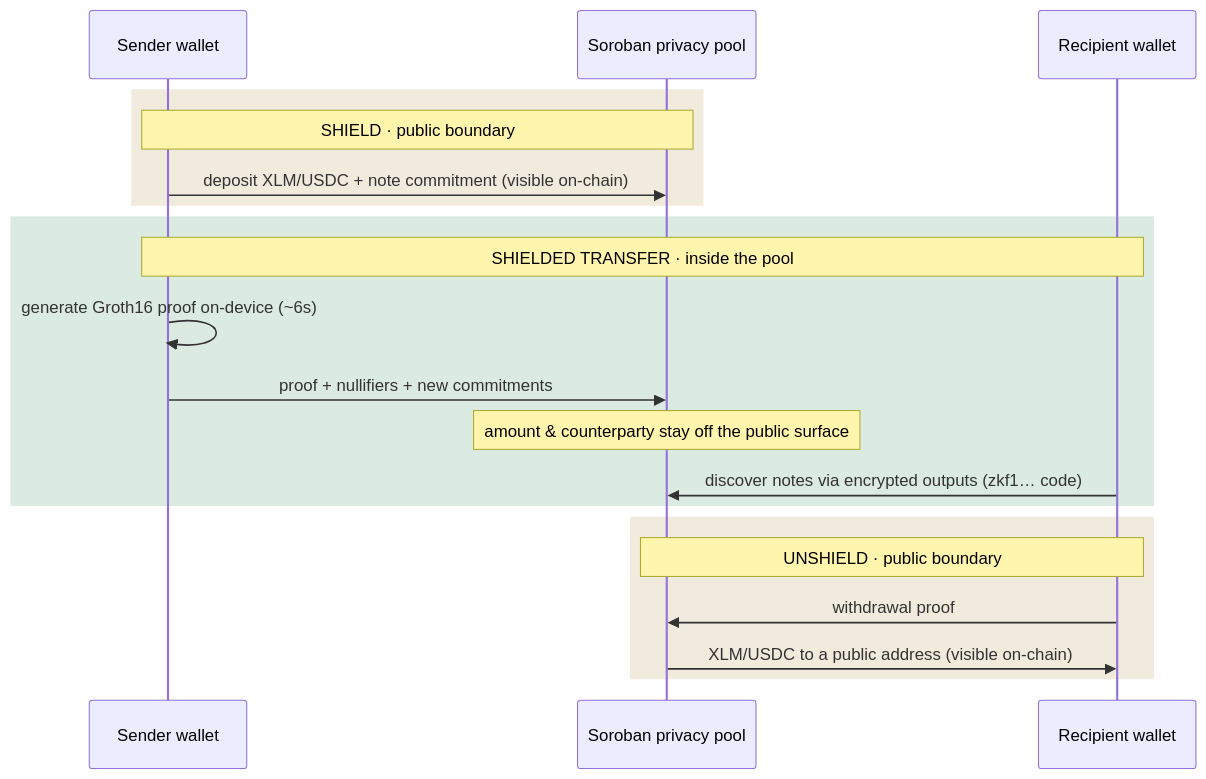
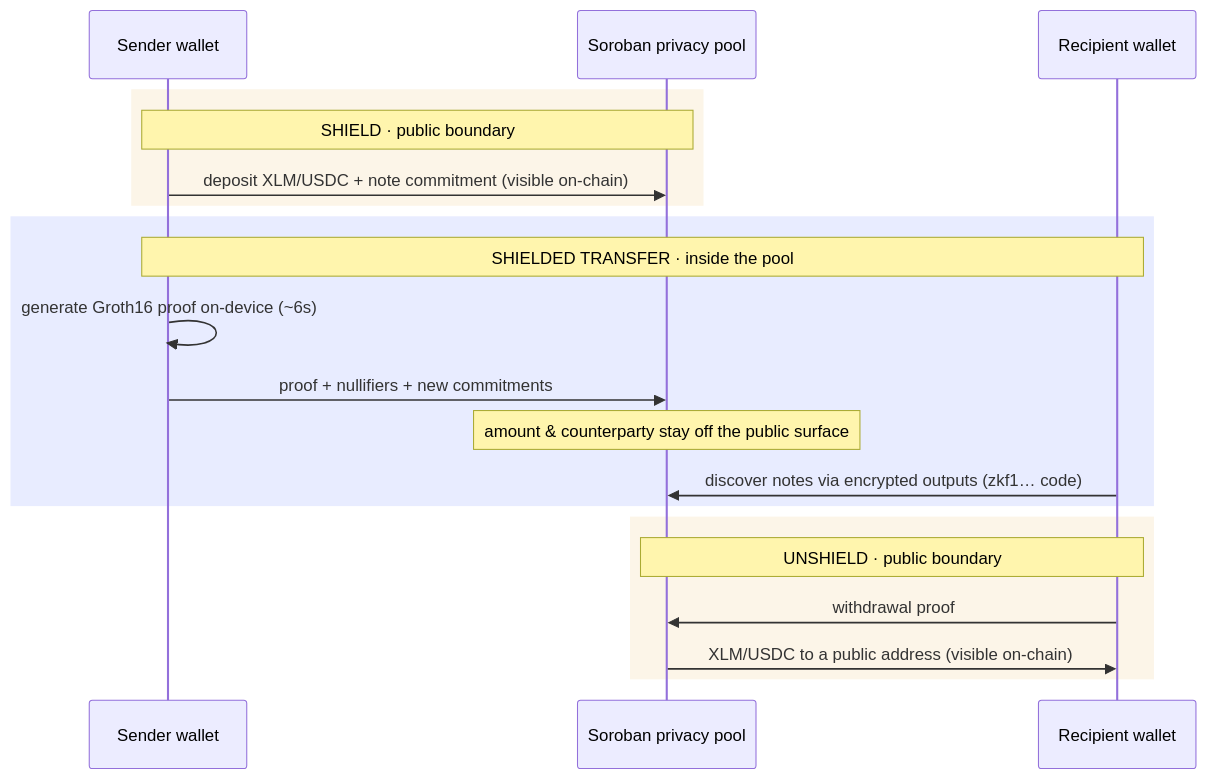
The second of 4 diagrams in README.md (Blockchain-Oracle/zk-freighter), drawn with Mermaid before and after one commit. The commit also changed other lines of this file and 150 other files, not shown here.

First line of the commit message:
Repo cleanup: assets folder, diagram PNGs, ignore AI-agent files, prune docs

````diff
--- a/README.md
+++ b/README.md
@@ -118,22 +118,22 @@
 ```mermaid
 sequenceDiagram
     participant S as Sender wallet
     participant P as Soroban privacy pool
     participant R as Recipient wallet
-    rect rgb(240, 235, 220)
+    rect rgba(229, 180, 92, 0.14)
         Note over S,P: SHIELD · public boundary
         S->>P: deposit XLM/USDC + note commitment (visible on-chain)
     end
-    rect rgb(220, 235, 225)
+    rect rgba(94, 124, 250, 0.14)
         Note over S,R: SHIELDED TRANSFER · inside the pool
         S->>S: generate Groth16 proof on-device (~6s)
         S->>P: proof + nullifiers + new commitments
         Note over P: amount & counterparty stay off the public surface
         R->>P: discover notes via encrypted outputs (zkf1… code)
     end
-    rect rgb(240, 235, 220)
+    rect rgba(229, 180, 92, 0.14)
         Note over R,P: UNSHIELD · public boundary
         R->>P: withdrawal proof
         P->>R: XLM/USDC to a public address (visible on-chain)
     end
 ```
````
